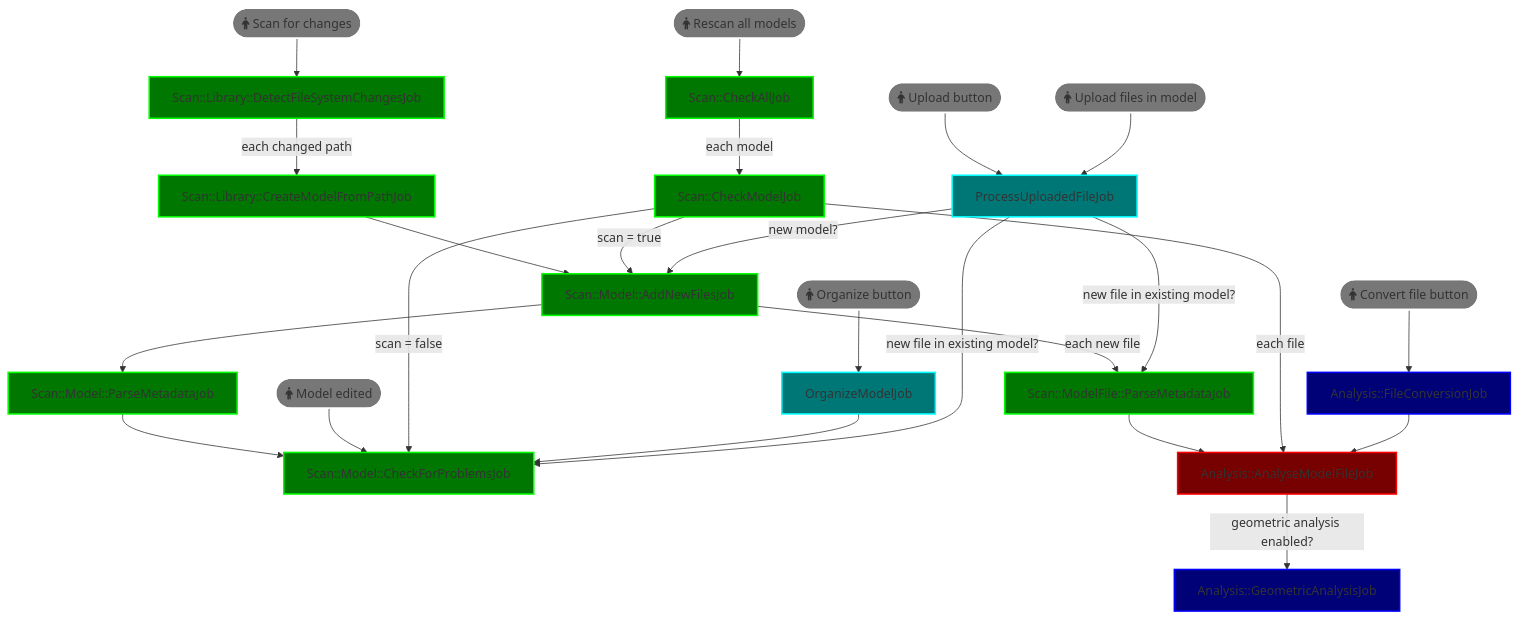
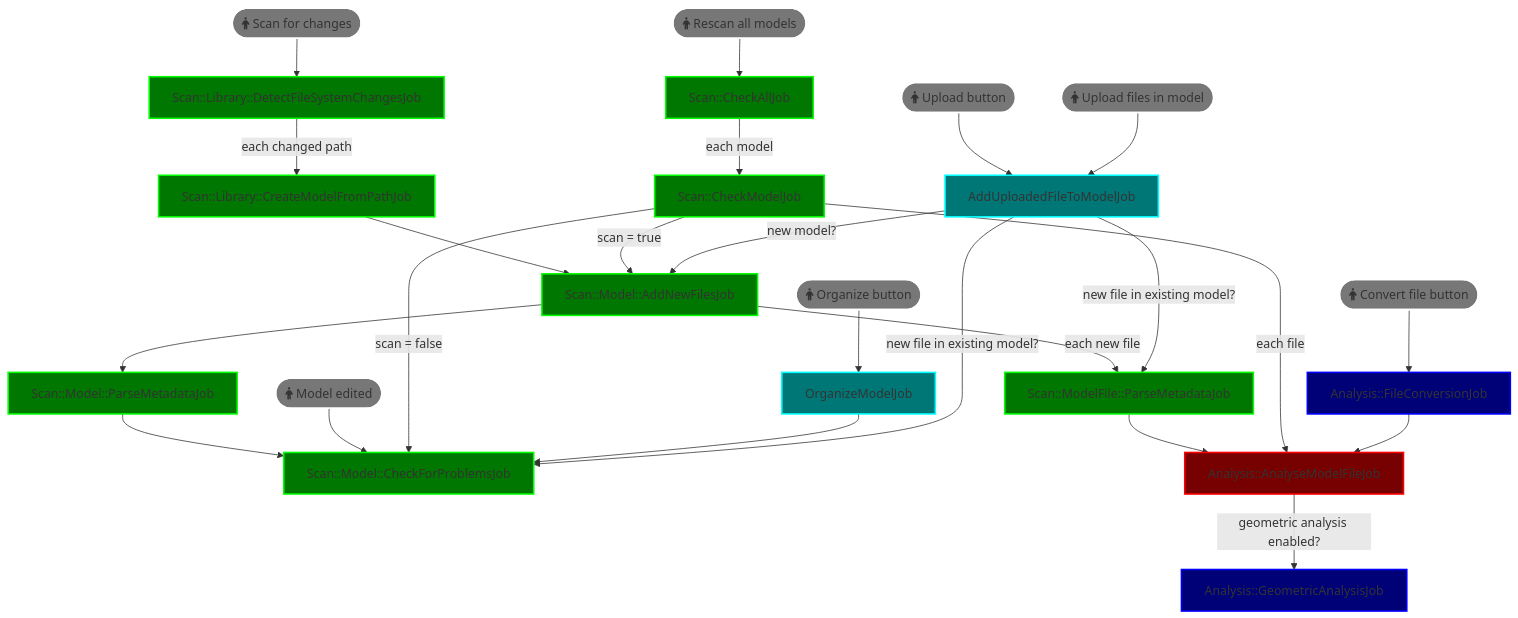
One commit to manyfold3d/manyfold changed the diagram in app/jobs/README.md. Above: the diagram before and after it, drawn with Mermaid. The commit also changed 8 other files, not shown here.

Commit message:
rename ProcessUploadedFileJob to AddUploadedFileToModelJob

````diff
--- a/app/jobs/README.md
+++ b/app/jobs/README.md
@@ -5,65 +5,65 @@
 ```mermaid
 flowchart TD
     DFS[Scan::Library::DetectFileSystemChangesJob]
     CMFP[Scan::Library::CreateModelFromPathJob]
     ANF[Scan::Model::AddNewFilesJob]
     PM[Scan::Model::ParseMetadataJob]
     PMF[Scan::ModelFile::ParseMetadataJob]
     CFP[Scan::Model::CheckForProblemsJob]
     CA[Scan::CheckAllJob]
     CM[Scan::CheckModelJob]
     OM[OrganizeModelJob]
-    PUF[ProcessUploadedFileJob]
+    PUF[AddUploadedFileToModelJob]
     AMF[Analysis::AnalyseModelFileJob]
     FC[Analysis::FileConversionJob]
     GA[Analysis::GeometricAnalysisJob]
 
     ModelEdit([fa:fa-person Model edited])
     Organize([fa:fa-person Organize button])
     ScanAll([fa:fa-person Scan for changes])
     CheckAll([fa:fa-person Rescan all models])
     MainUpload([fa:fa-person Upload button])
     FileUpload([fa:fa-person Upload files in model])
     FileConvert([fa:fa-person Convert file button])
 
     ScanAll --> DFS
     CheckAll --> CA
     DFS -->|each changed path| CMFP
     CMFP --> ANF
     ANF --> PM
     ANF -->|each new file| PMF
     PM --> CFP
     ModelEdit --> CFP
     PMF --> AMF
     AMF -->|geometric analysis enabled?| GA
     CA -->|each model| CM
     CM -->|scan = true| ANF
     CM -->|scan = false| CFP
     CM -->|each file| AMF
     Organize --> OM
     OM --> CFP
     MainUpload --> PUF
     FileUpload --> PUF
     PUF -->|new model?| ANF
     PUF -->|new file in existing model?| CFP
     PUF -->|new file in existing model?| PMF
     FileConvert --> FC
     FC --> AMF
 
 
     classDef queue_analysis fill:#700,stroke:#f00,stroke-width:2px;
     classDef queue_activity fill:#770,stroke:#ff0,stroke-width:2px;
     classDef queue_scan fill:#070,stroke:#0f0,stroke-width:2px;
     classDef queue_default fill:#077,stroke:#0ff,stroke-width:2px;
     classDef queue_performance fill:#007,stroke:#00f,stroke-width:2px;
     classDef queue_upgrade fill:#707,stroke:#f0f,stroke-width:2px;
 
     class DFS,CA,CM,CMFP,ANF,PM,PMF,CFP queue_scan
     class FC,GA queue_performance
     class AMF queue_analysis
     class OM,PUF queue_default
 
     classDef user_action fill:#777,stroke:#fff,stroke-width:2px;
     class ModelEdit,Organize,ScanAll,CheckAll,MainUpload,FileUpload,FileConvert user_action
 
 ```
````
